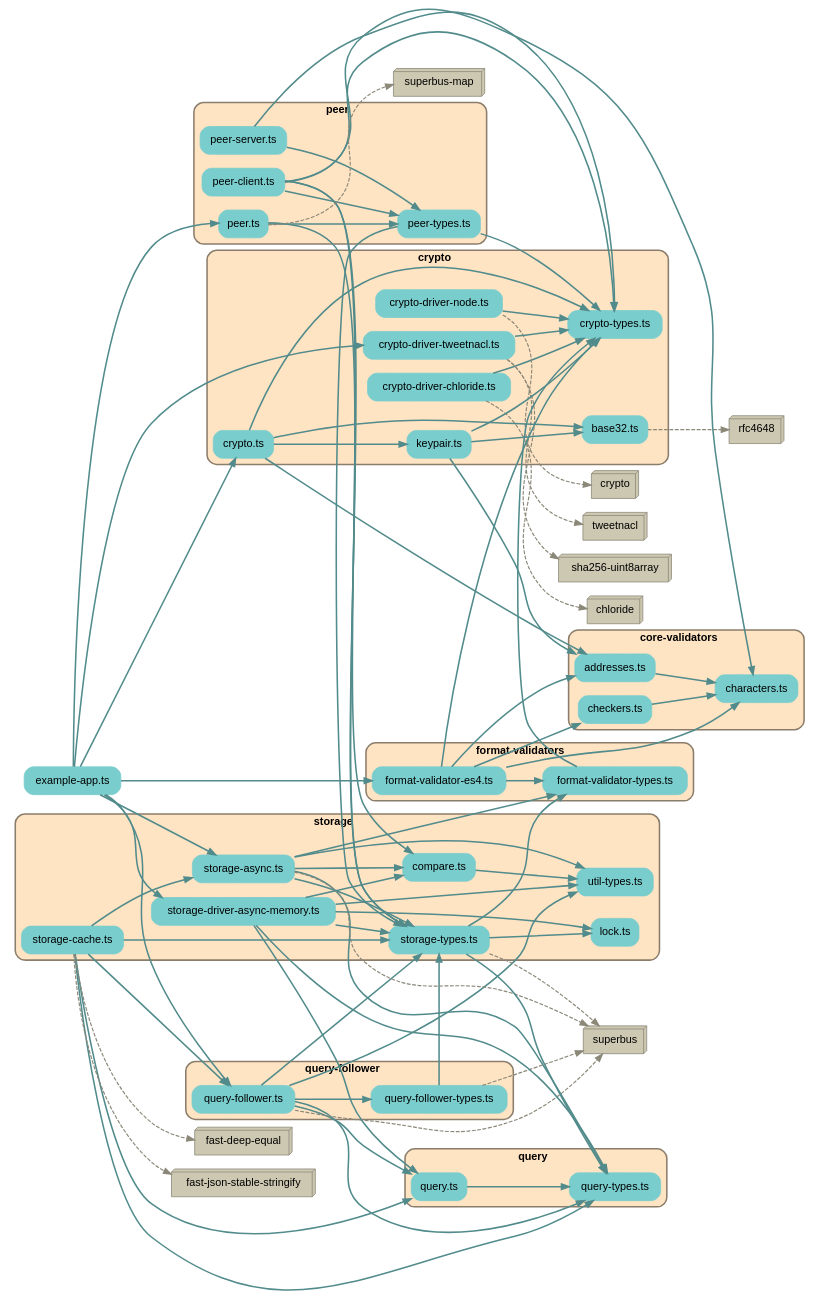
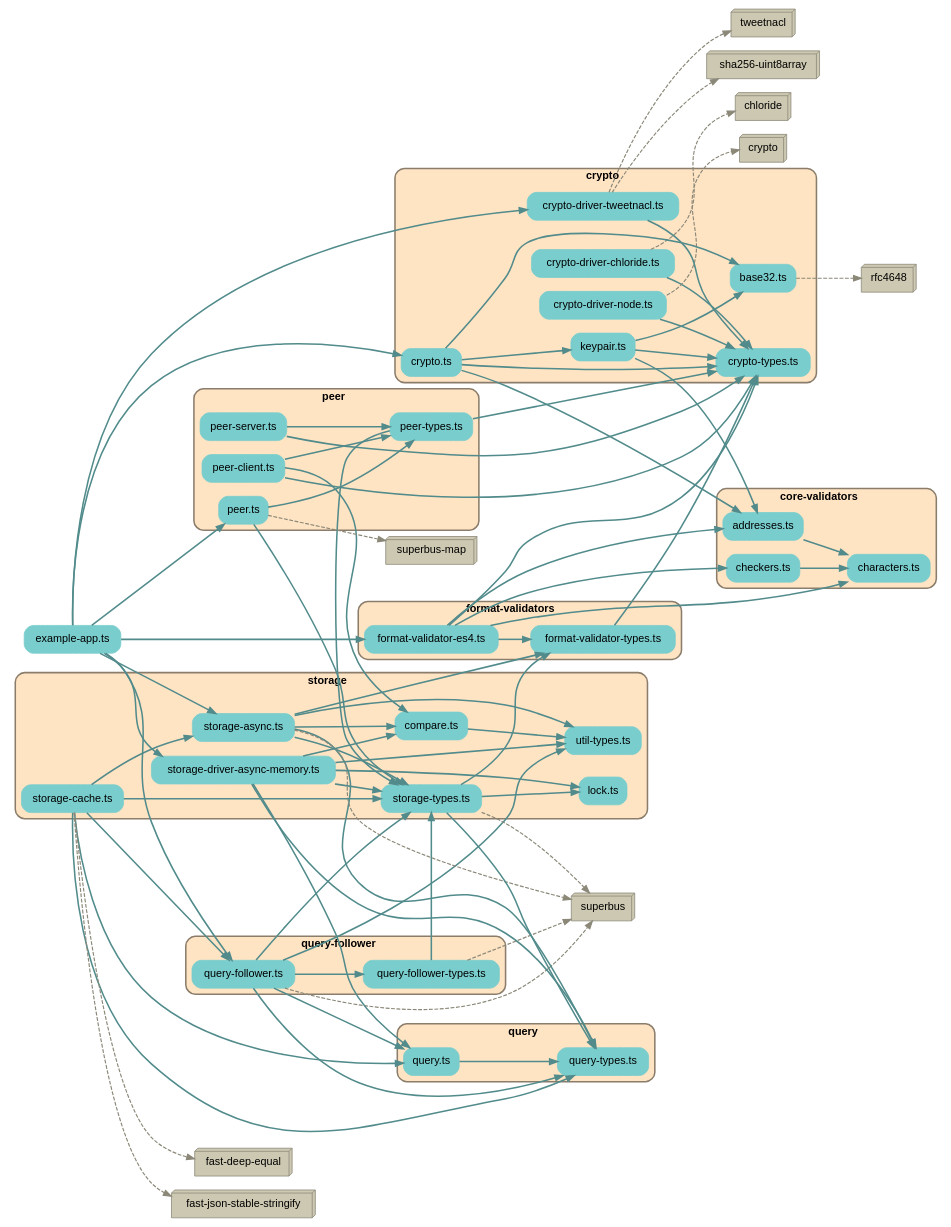
One commit to earthstar-project/earthstar changed the diagram in depchart/depchart-deps.dot. Above: the diagram before and after it, drawn with Graphviz. The commit also changed 12 other files, not shown here.

```diff
--- a/depchart/depchart-deps.dot
+++ b/depchart/depchart-deps.dot
@@ -13,7 +13,7 @@
     // files in their folder clusters
         "src/example-app.ts" [label="example-app.ts", shape=rectangle; style="rounded,filled"; color=darkslategray3];
 
-        subgraph cluster1922687983 {
+        subgraph cluster6145265235 {
             label=<<b>core-validators</b>>;
             style="rounded,filled";
             fillcolor=bisque;
@@ -25,7 +25,7 @@
             "src/core-validators/checkers.ts" [label="checkers.ts", shape=rectangle; style="rounded,filled"; color=darkslategray3];
         }
 
-        subgraph cluster9500547067 {
+        subgraph cluster9472546566 {
             label=<<b>crypto</b>>;
             style="rounded,filled";
             fillcolor=bisque;
@@ -41,7 +41,7 @@
             "src/crypto/keypair.ts" [label="keypair.ts", shape=rectangle; style="rounded,filled"; color=darkslategray3];
         }
 
-        subgraph cluster6426266908 {
+        subgraph cluster6405069589 {
             label=<<b>format-validators</b>>;
             style="rounded,filled";
             fillcolor=bisque;
@@ -52,7 +52,7 @@
             "src/format-validators/format-validator-types.ts" [label="format-validator-types.ts", shape=rectangle; style="rounded,filled"; color=darkslategray3];
         }
 
-        subgraph cluster575569090 {
+        subgraph cluster9331899579 {
             label=<<b>peer</b>>;
             style="rounded,filled";
             fillcolor=bisque;
@@ -65,7 +65,7 @@
             "src/peer/peer.ts" [label="peer.ts", shape=rectangle; style="rounded,filled"; color=darkslategray3];
         }
 
-        subgraph cluster1025495158 {
+        subgraph cluster7051660984 {
             label=<<b>query-follower</b>>;
             style="rounded,filled";
             fillcolor=bisque;
@@ -76,7 +76,7 @@
             "src/query-follower/query-follower.ts" [label="query-follower.ts", shape=rectangle; style="rounded,filled"; color=darkslategray3];
         }
 
-        subgraph cluster2144555012 {
+        subgraph cluster6035414639 {
             label=<<b>query</b>>;
             style="rounded,filled";
             fillcolor=bisque;
@@ -87,7 +87,7 @@
             "src/query/query.ts" [label="query.ts", shape=rectangle; style="rounded,filled"; color=darkslategray3];
         }
 
-        subgraph cluster8049702507 {
+        subgraph cluster5355224194 {
             label=<<b>storage</b>>;
             style="rounded,filled";
             fillcolor=bisque;
@@ -141,10 +141,8 @@
     "src/format-validators/format-validator-es4.ts" -> "src/core-validators/addresses.ts" [penwidth=2; color=darkslategray4];
     "src/format-validators/format-validator-types.ts" -> "src/crypto/crypto-types.ts" [penwidth=2; color=darkslategray4];
     "src/peer/peer-client.ts" -> "src/crypto/crypto-types.ts" [penwidth=2; color=darkslategray4];
-    "src/peer/peer-client.ts" -> "src/storage/storage-types.ts" [penwidth=2; color=darkslategray4];
     "src/peer/peer-client.ts" -> "src/peer/peer-types.ts" [penwidth=2; color=darkslategray4];
     "src/peer/peer-client.ts" -> "src/storage/compare.ts" [penwidth=2; color=darkslategray4];
-    "src/peer/peer-client.ts" -> "src/core-validators/characters.ts" [penwidth=2; color=darkslategray4];
     "src/peer/peer-server.ts" -> "src/crypto/crypto-types.ts" [penwidth=2; color=darkslategray4];
     "src/peer/peer-server.ts" -> "src/peer/peer-types.ts" [penwidth=2; color=darkslategray4];
     "src/peer/peer-types.ts" -> "src/storage/storage-types.ts" [penwidth=2; color=darkslategray4];
```
